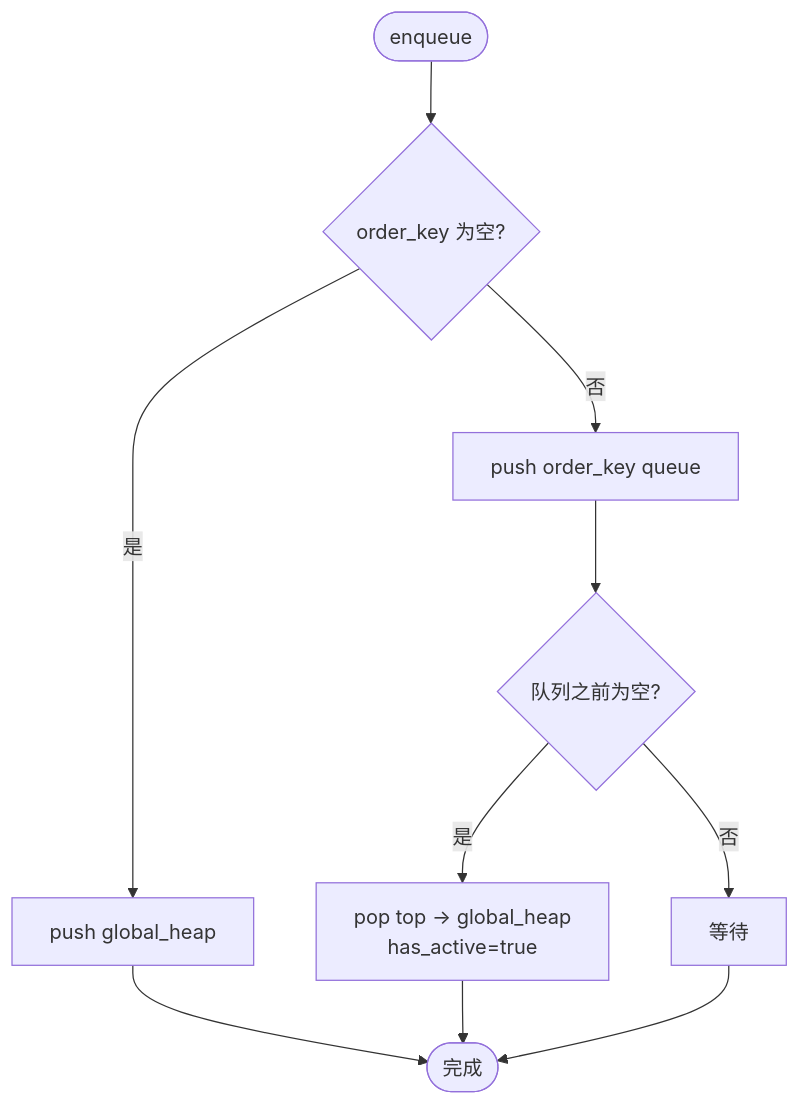
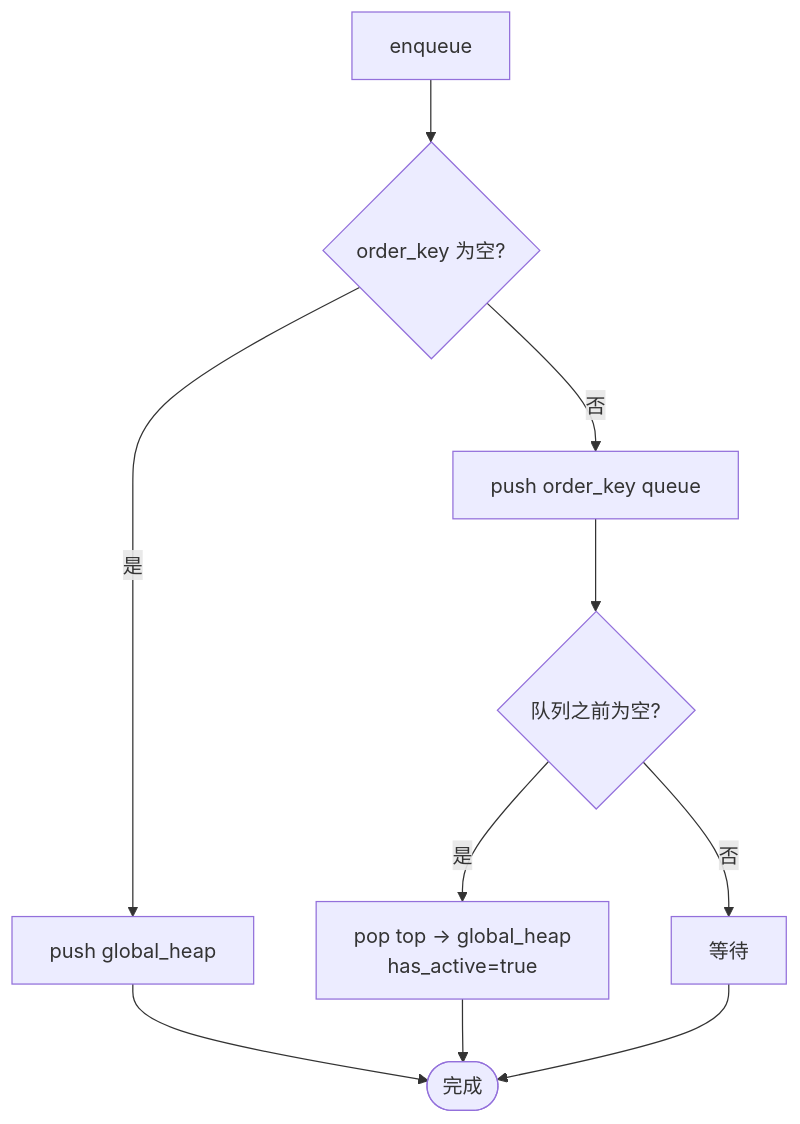
The sixth of 7 diagrams in docs/wiki/zh/content/基础设施/AOP 事件系统/AOP 核心架构/生产者消费者模式.md (runningcoders/ai_orz), drawn with Mermaid before and after one commit. The commit also changed other lines of this file and 37 other files, not shown here.

````diff
--- a/docs/wiki/zh/content/基础设施/AOP 事件系统/AOP 核心架构/生产者消费者模式.md
+++ b/docs/wiki/zh/content/基础设施/AOP 事件系统/AOP 核心架构/生产者消费者模式.md
@@ -247,12 +283,12 @@
 ```mermaid
-flowchart TD
-EStart(["enqueue"]) --> CheckOK{"order_key 为空?"}
+graph TB
+EStart["enqueue"] --> CheckOK{"order_key 为空?"}
 CheckOK --> |是| GHeap["push global_heap"]
 CheckOK --> |否| OQ["push order_key queue"]
 OQ --> WasEmpty{"队列之前为空?"}
 WasEmpty --> |是| PushTop["pop top -> global_heap<br/>has_active=true"]
 WasEmpty --> |否| Wait["等待"]
 GHeap --> EEnd(["完成"])
 PushTop --> EEnd
 Wait --> EEnd
 ```
````
